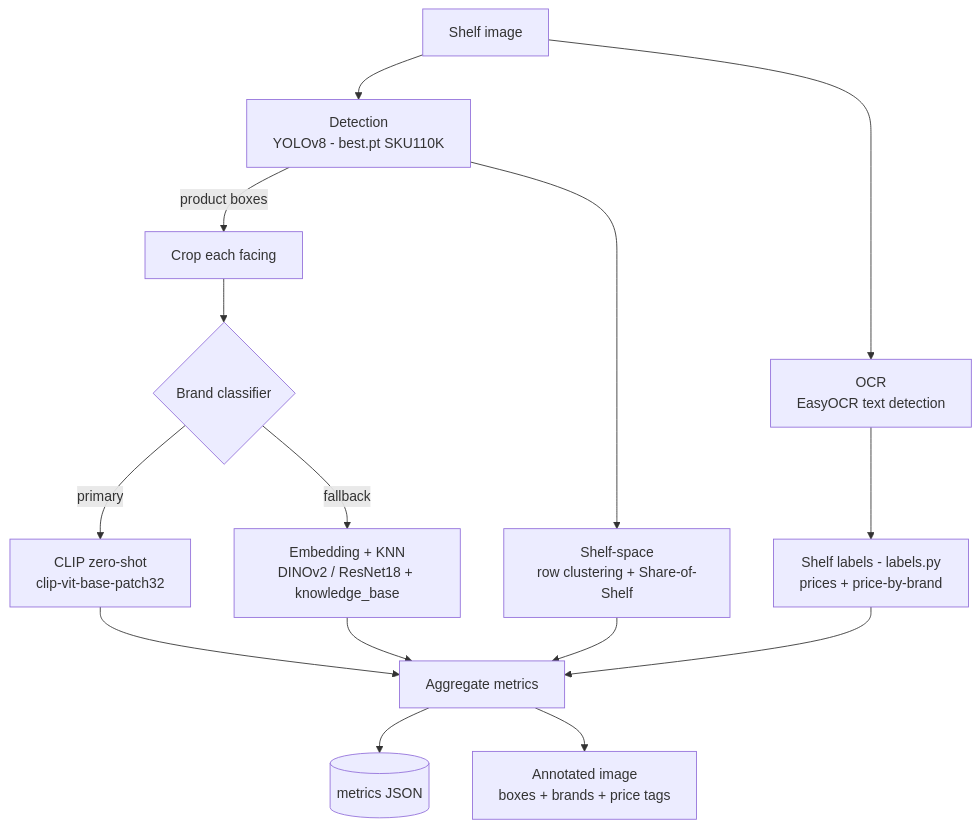
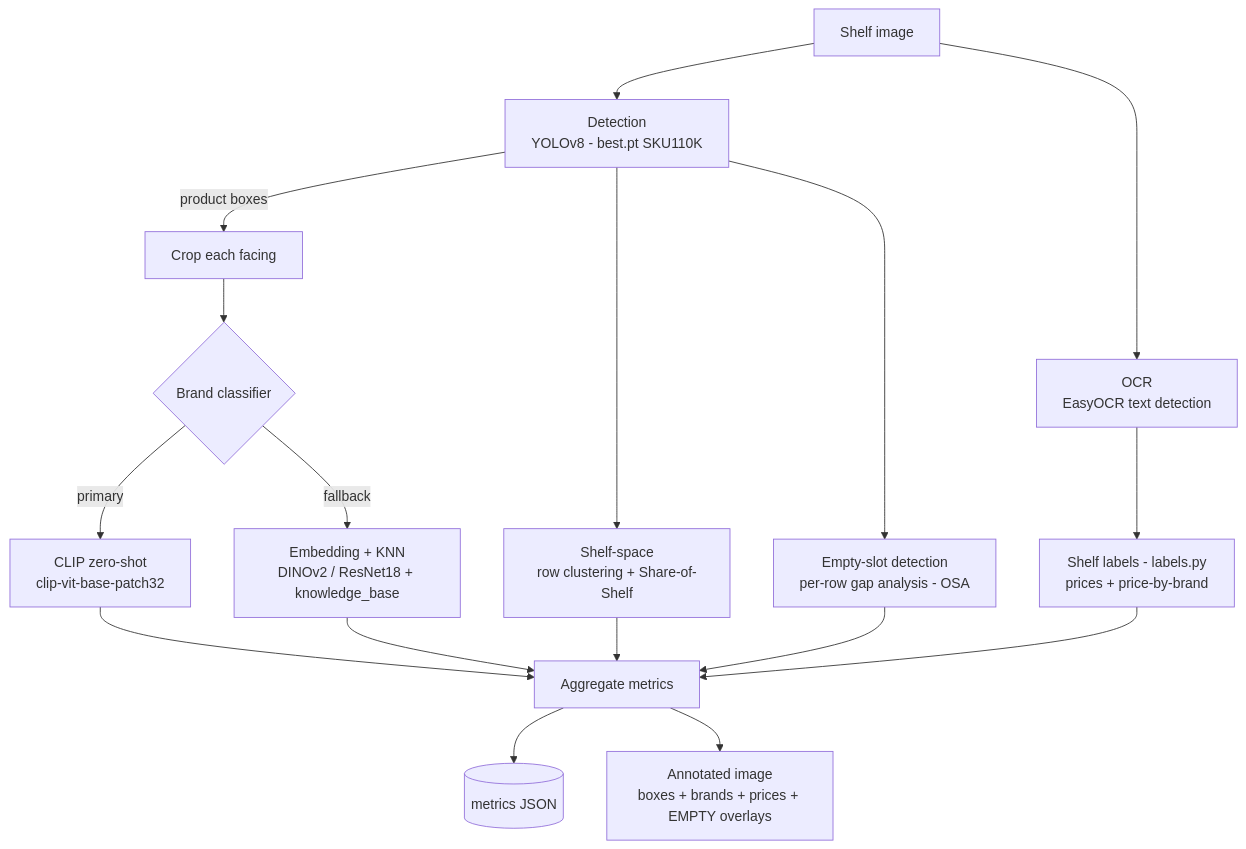
Before and after one commit to Dhavalnvm/Self-organizer: the diagram in docs/ARCHITECTURE.md, drawn with Mermaid. The commit also changed other lines of this file, not shown here.

First line of the commit message:
Enhance pipeline architecture with empty slot detection

````diff
--- a/docs/ARCHITECTURE.md
+++ b/docs/ARCHITECTURE.md
@@ -7,17 +7,19 @@
 ```mermaid
 flowchart TD
     A[Shelf image] --> B[Detection<br/>YOLOv8 - best.pt SKU110K]
     B -->|product boxes| C[Crop each facing]
     C --> D{Brand classifier}
     D -->|primary| D1[CLIP zero-shot<br/>clip-vit-base-patch32]
     D -->|fallback| D2[Embedding + KNN<br/>DINOv2 / ResNet18 + knowledge_base]
     A --> E[OCR<br/>EasyOCR text detection]
     E --> E2[Shelf labels - labels.py<br/>prices + price-by-brand]
     B --> F[Shelf-space<br/>row clustering + Share-of-Shelf]
+    B --> F2[Empty-slot detection<br/>per-row gap analysis - OSA]
     D1 --> G
     D2 --> G[Aggregate metrics]
     E2 --> G
     F --> G
+    F2 --> G
     G --> H[(metrics JSON)]
-    G --> I[Annotated image<br/>boxes + brands + price tags]
+    G --> I[Annotated image<br/>boxes + brands + prices + EMPTY overlays]
 ```
````
